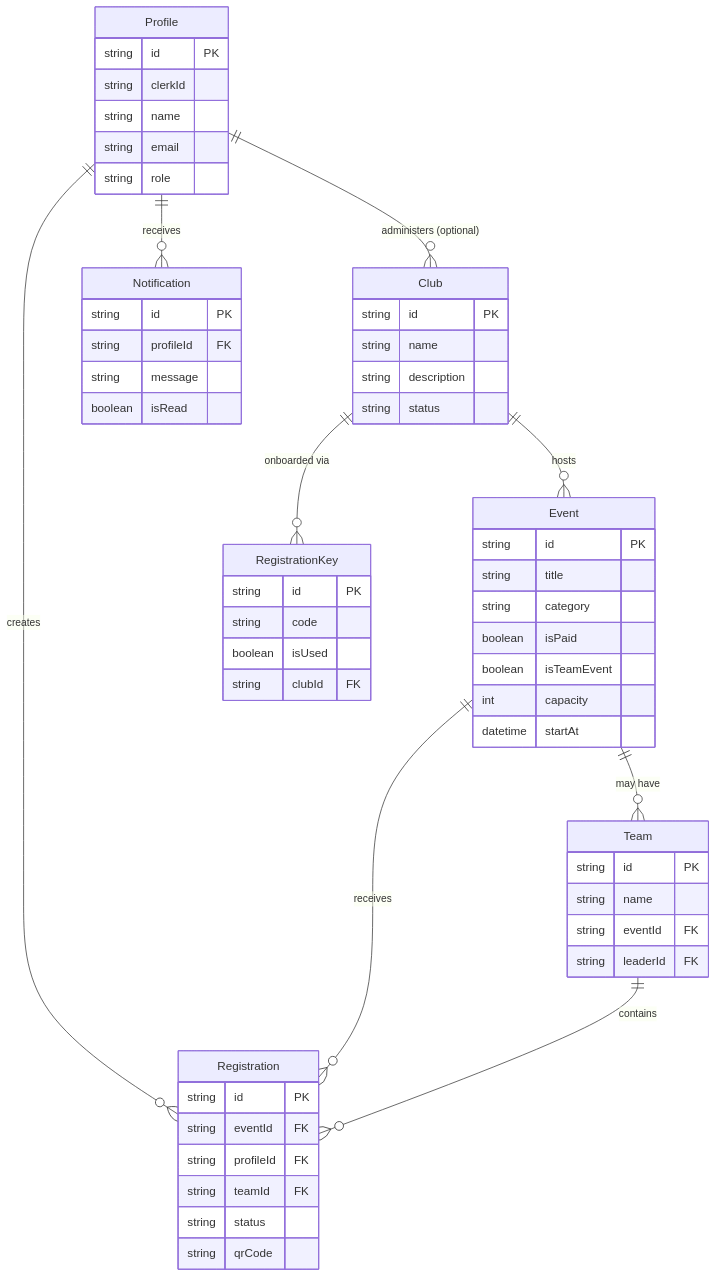
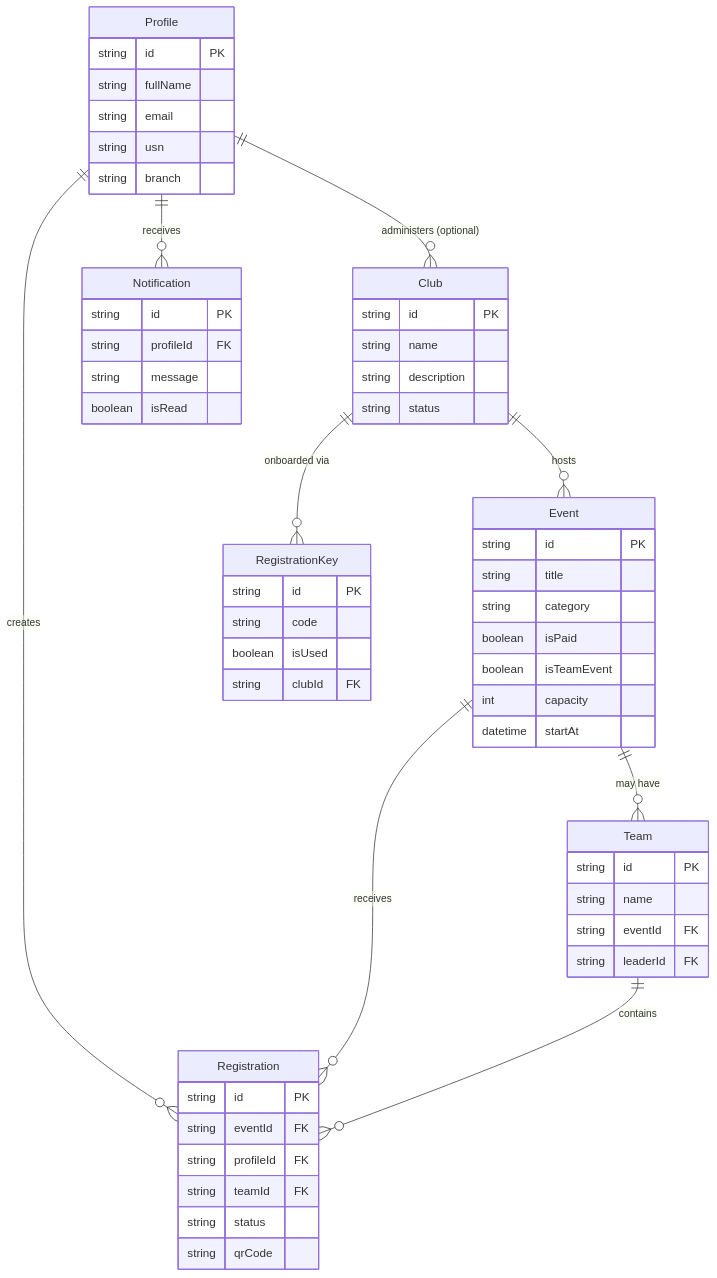
The sixth of 8 diagrams in README.md (abhishettyy/Spotlight), drawn with Mermaid before and after one commit. The commit also changed other lines of this file, not shown here.

````diff
--- a/README.md
+++ b/README.md
@@ -390,60 +353,60 @@
 ```mermaid
 erDiagram
     Profile ||--o{ Registration : creates
     Profile ||--o{ Club : "administers (optional)"
     Club ||--o{ Event : hosts
     Club ||--o{ RegistrationKey : "onboarded via"
     Event ||--o{ Registration : receives
     Event ||--o{ Team : "may have"
     Team ||--o{ Registration : contains
     Profile ||--o{ Notification : receives
 
     Profile {
         string id PK
-        string clerkId
-        string name
+        string fullName
         string email
-        string role
+        string usn
+        string branch
     }
     Club {
         string id PK
         string name
         string description
         string status
     }
     Event {
         string id PK
         string title
         string category
         boolean isPaid
         boolean isTeamEvent
         int capacity
         datetime startAt
     }
     Team {
         string id PK
         string name
         string eventId FK
         string leaderId FK
     }
     Registration {
         string id PK
         string eventId FK
         string profileId FK
         string teamId FK
         string status
         string qrCode
     }
     Notification {
         string id PK
         string profileId FK
         string message
         boolean isRead
     }
     RegistrationKey {
         string id PK
         string code
         boolean isUsed
         string clubId FK
     }
 ```
````
